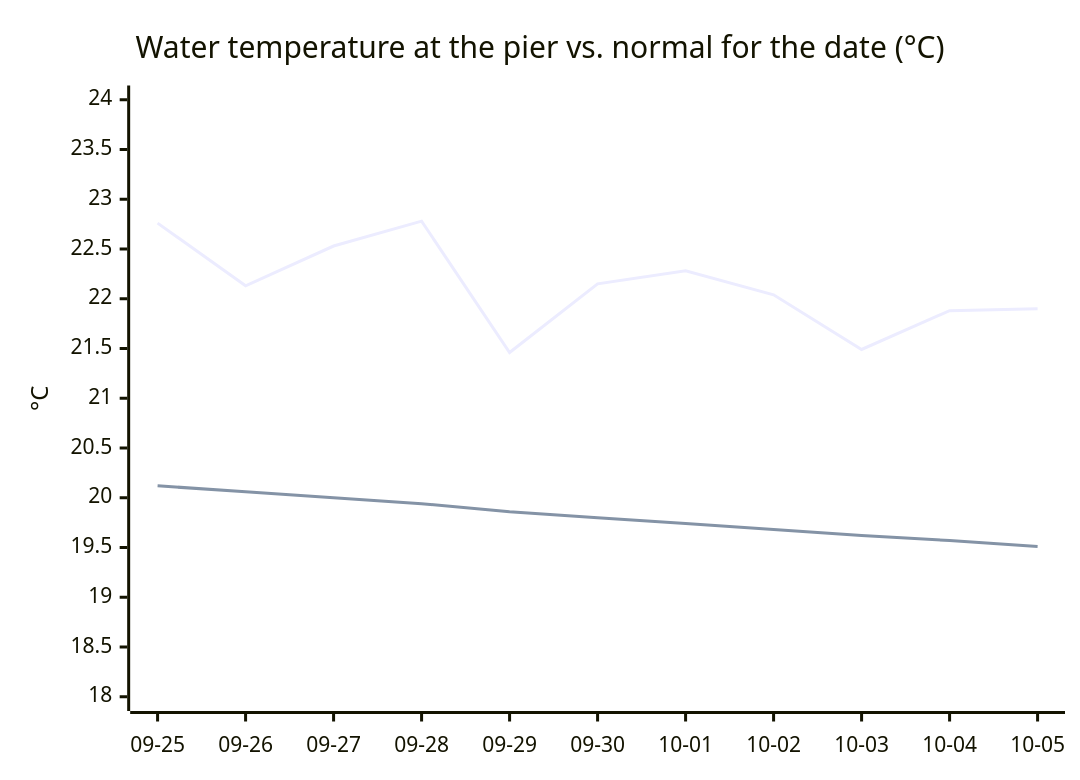
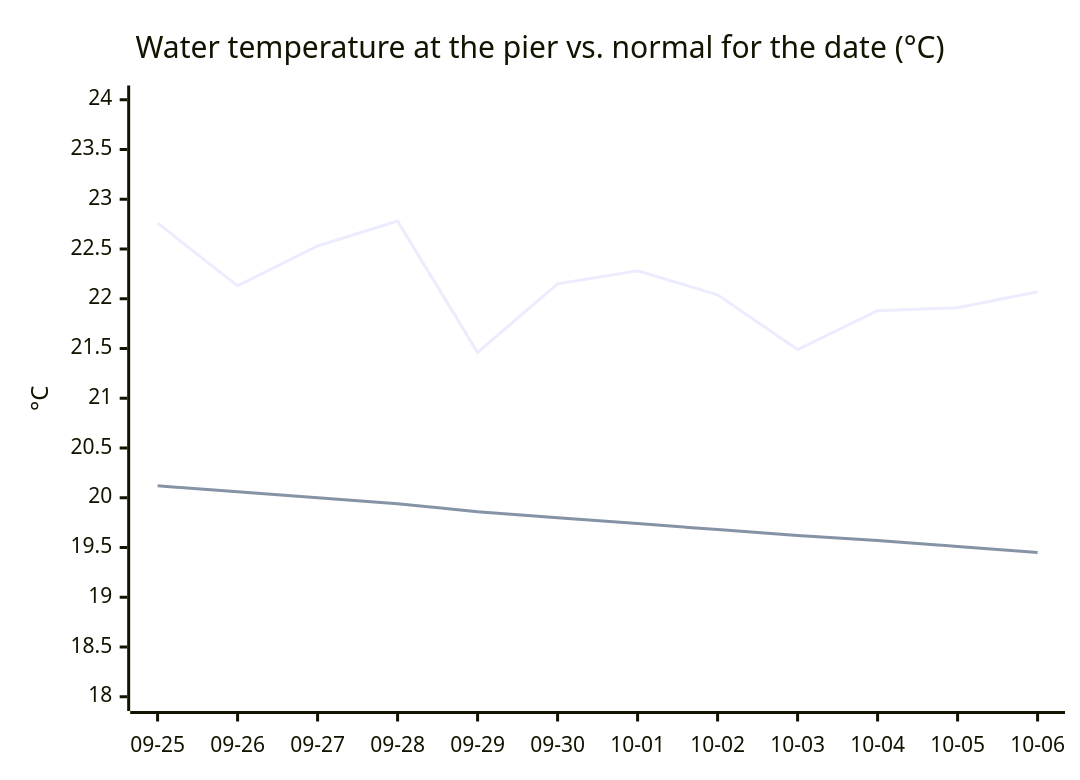
The third of 3 diagrams in README.md (joshuafrommeyer-35/PierTracker), drawn with Mermaid before and after one commit. The commit also changed other lines of this file and 5 other files, not shown here.

````diff
--- a/README.md
+++ b/README.md
@@ -160,8 +160,8 @@
 ```mermaid
 xychart-beta
     title "Water temperature at the pier vs. normal for the date (°C)"
-    x-axis ["09-25", "09-26", "09-27", "09-28", "09-29", "09-30", "10-01", "10-02", "10-03", "10-04", "10-05"]
+    x-axis ["09-25", "09-26", "09-27", "09-28", "09-29", "09-30", "10-01", "10-02", "10-03", "10-04", "10-05", "10-06"]
     y-axis "°C" 18 --> 24
-    line [22.76, 22.13, 22.53, 22.78, 21.46, 22.15, 22.28, 22.04, 21.49, 21.88, 21.9]
-    line [20.12, 20.06, 20.0, 19.94, 19.86, 19.8, 19.74, 19.68, 19.62, 19.57, 19.51]
+    line [22.76, 22.13, 22.53, 22.78, 21.46, 22.15, 22.28, 22.04, 21.49, 21.88, 21.91, 22.07]
+    line [20.12, 20.06, 20.0, 19.94, 19.86, 19.8, 19.74, 19.68, 19.62, 19.57, 19.51, 19.45]
 ```
````
